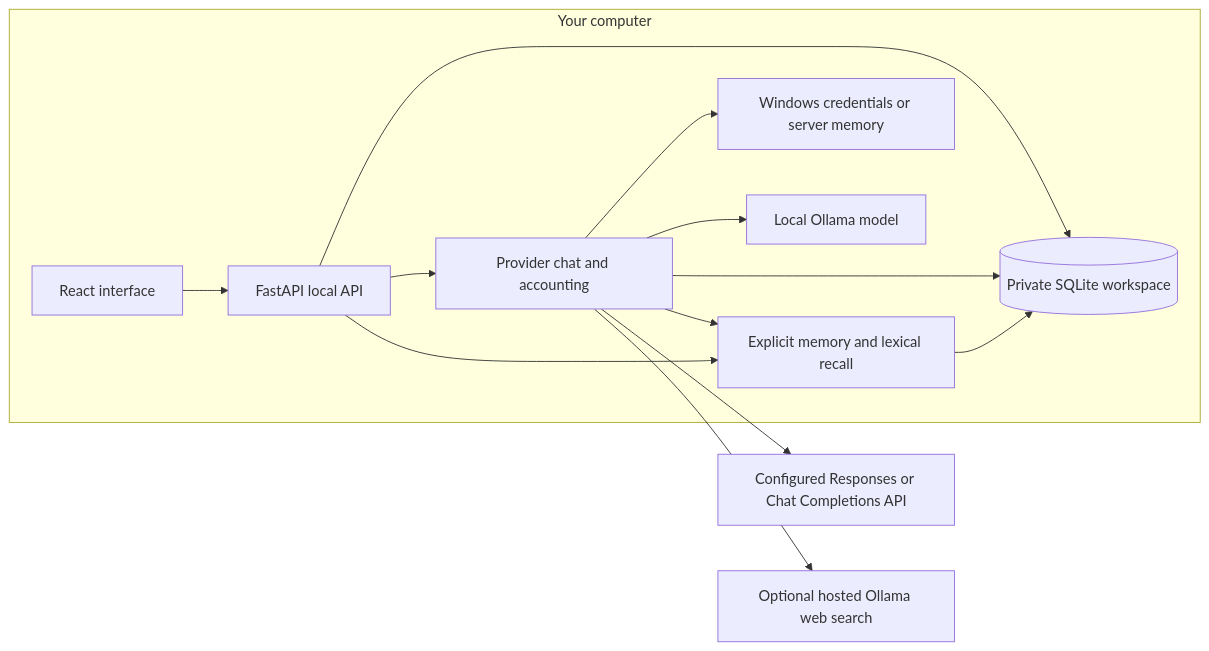
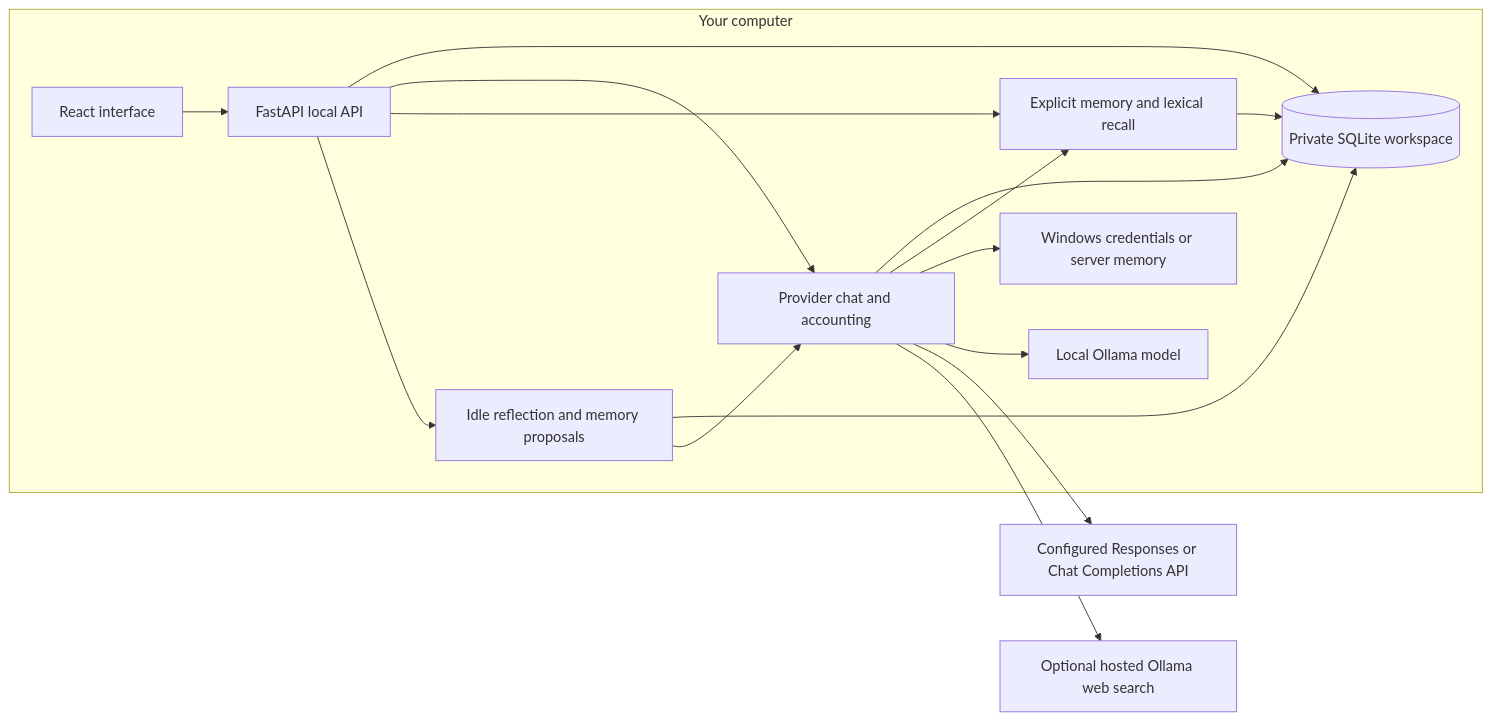
The diagram in docs/ARCHITECTURE.md (erikmalm/maestro), drawn with Mermaid before and after one commit. The commit also changed other lines of this file and 21 other files, not shown here.

Commit message:
feat: add bounded background reflection and memory review

````diff
--- a/docs/ARCHITECTURE.md
+++ b/docs/ARCHITECTURE.md
@@ -7,23 +7,27 @@
 ```mermaid
 flowchart LR
     subgraph Computer[Your computer]
         UI[React interface]
         API[FastAPI local API]
         Chat[Provider chat and accounting]
         Memory[Explicit memory and lexical recall]
+        Reflection[Idle reflection and memory proposals]
         DB[(Private SQLite workspace)]
         Keys[Windows credentials or server memory]
         Ollama[Local Ollama model]
         UI --> API
         API --> DB
         API --> Chat
         Chat --> DB
         Chat --> Memory
         API --> Memory
+        API --> Reflection
+        Reflection --> DB
+        Reflection --> Chat
         Memory --> DB
         Chat --> Keys
         Chat --> Ollama
     end
     Chat --> Remote[Configured Responses or Chat Completions API]
     Chat --> Search[Optional hosted Ollama web search]
 ```
````
